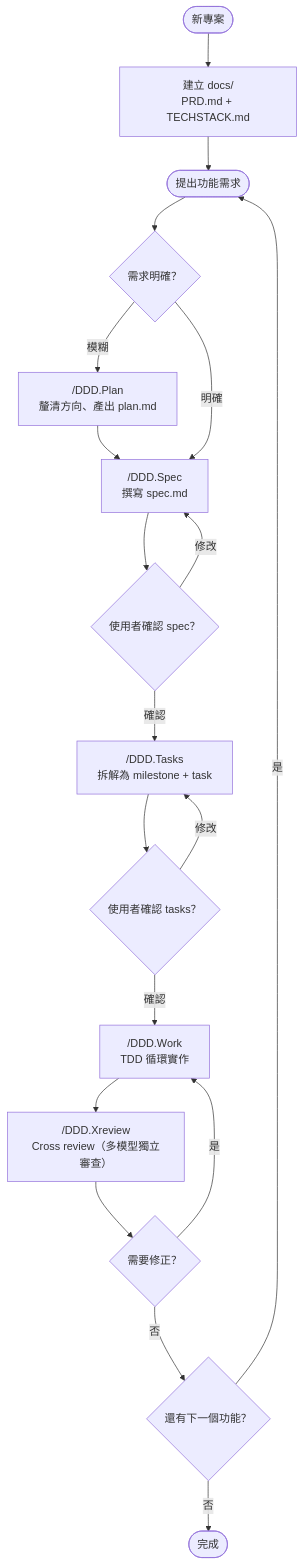
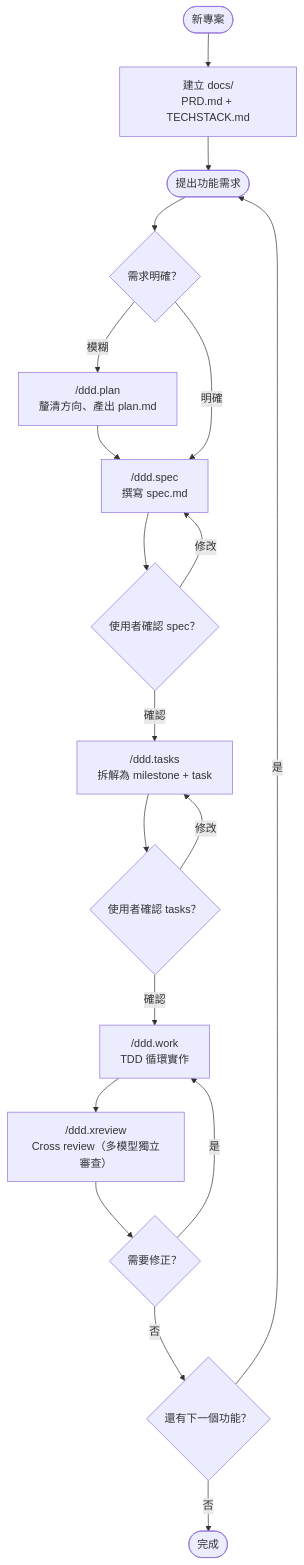
Before and after one commit to applepig/ddd-workflow: the first of 2 diagrams in README.md, drawn with Mermaid. The commit also changed other lines of this file and 13 other files, not shown here.

````diff
--- a/README.md
+++ b/README.md
@@ -36,26 +36,26 @@
 ```mermaid
 flowchart TD
     Start([新專案]) --> Init["建立 docs/<br/>PRD.md + TECHSTACK.md"]
     Init --> Feature([提出功能需求])
 
     Feature --> Clarity{需求明確？}
 
-    Clarity -- 模糊 --> Plan["/DDD.Plan<br/>釐清方向、產出 plan.md"]
+    Clarity -- 模糊 --> Plan["/ddd.plan<br/>釐清方向、產出 plan.md"]
     Plan --> Spec
 
-    Clarity -- 明確 --> Spec["/DDD.Spec<br/>撰寫 spec.md"]
+    Clarity -- 明確 --> Spec["/ddd.spec<br/>撰寫 spec.md"]
     Spec --> UserSpec{使用者確認 spec？}
     UserSpec -- 修改 --> Spec
     UserSpec -- 確認 --> Tasks
 
-    Tasks["/DDD.Tasks<br/>拆解為 milestone + task"] --> UserTasks{使用者確認 tasks？}
+    Tasks["/ddd.tasks<br/>拆解為 milestone + task"] --> UserTasks{使用者確認 tasks？}
     UserTasks -- 修改 --> Tasks
     UserTasks -- 確認 --> Work
 
-    Work["/DDD.Work<br/>TDD 循環實作"] --> Review
-    Review["/DDD.Xreview<br/>Cross review（多模型獨立審查）"] --> Fix{需要修正？}
+    Work["/ddd.work<br/>TDD 循環實作"] --> Review
+    Review["/ddd.xreview<br/>Cross review（多模型獨立審查）"] --> Fix{需要修正？}
     Fix -- 是 --> Work
     Fix -- 否 --> Next{還有下一個功能？}
     Next -- 是 --> Feature
     Next -- 否 --> Done([完成])
 ```
````
